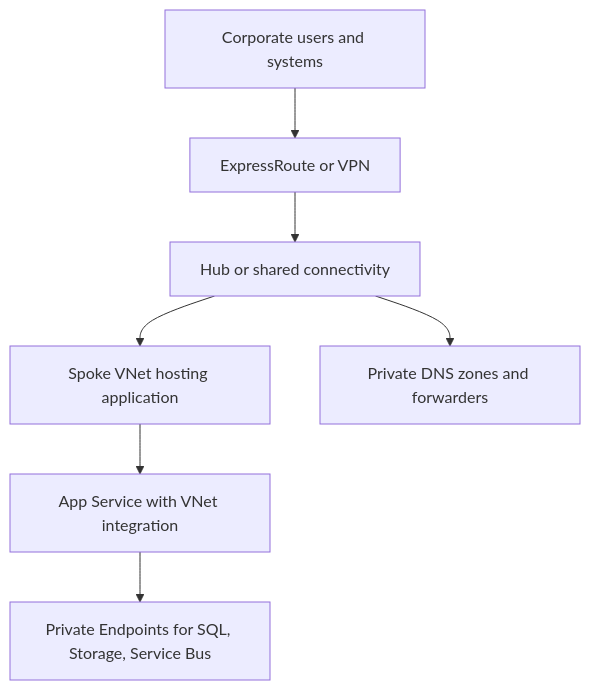
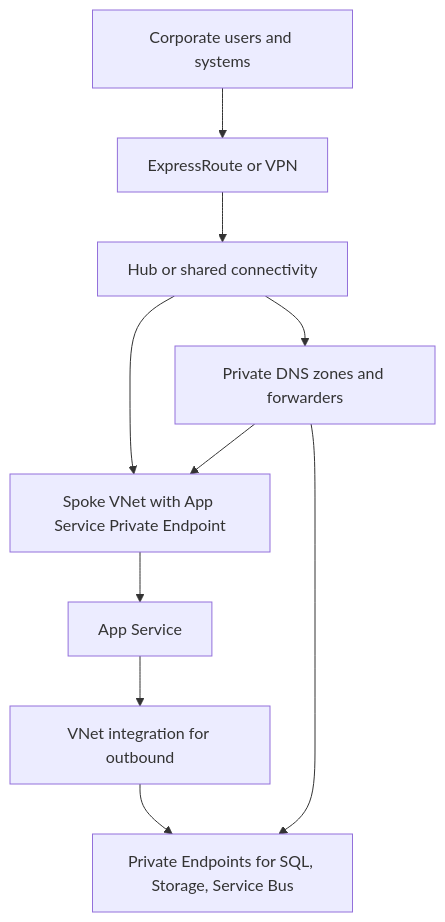
One commit to yeongseon/azure-architecture-practical-guide changed the diagram in docs/workload-guides/private-internal-app/network-and-access.md. Above: the diagram before and after it, drawn with Mermaid. The commit also changed other lines of this file and 31 other files, not shown here.

````diff
--- a/docs/workload-guides/private-internal-app/network-and-access.md
+++ b/docs/workload-guides/private-internal-app/network-and-access.md
@@ -43,9 +45,12 @@
 ```mermaid
 flowchart TD
     A[Corporate users and systems] --> B[ExpressRoute or VPN]
     B --> C[Hub or shared connectivity]
-    C --> D[Spoke VNet hosting application]
-    D --> E[App Service with VNet integration]
-    E --> F[Private Endpoints for SQL, Storage, Service Bus]
-    C --> G[Private DNS zones and forwarders]
+    C --> D[Spoke VNet with App Service Private Endpoint]
+    D --> E[App Service]
+    E --> F[VNet integration for outbound]
+    F --> G[Private Endpoints for SQL, Storage, Service Bus]
+    C --> H[Private DNS zones and forwarders]
+    H --> D
+    H --> G
 ```
````
